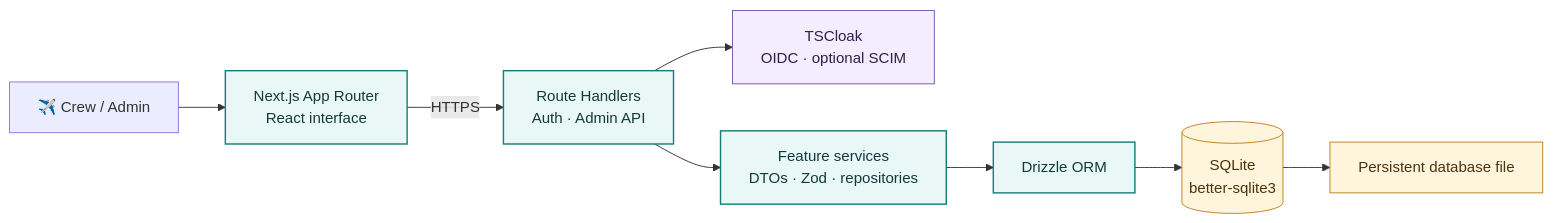
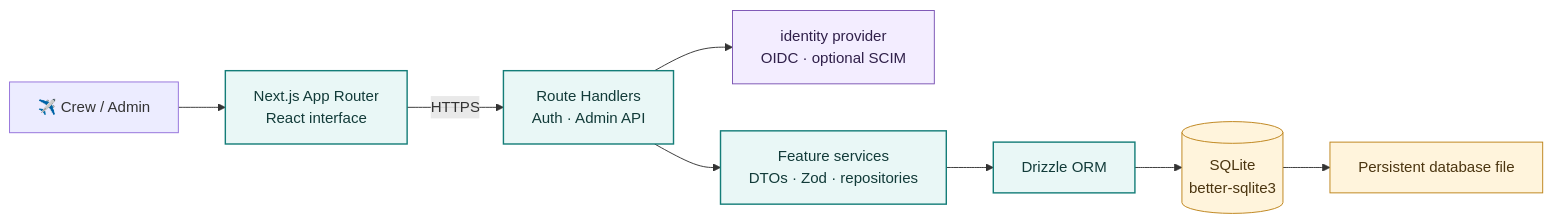
Before and after one commit to TechSivaram/vilek: the first of 2 diagrams in README.md, drawn with Mermaid. The commit also changed other lines of this file and 26 other files, not shown here.

Commit message:
made it to be compatible with any oidc idp that supports scim

````diff
--- a/README.md
+++ b/README.md
@@ -110,16 +110,16 @@
 ```mermaid
 flowchart LR
     B["✈️ Crew / Admin"] --> UI["Next.js App Router<br/>React interface"]
     UI -->|HTTPS| API["Route Handlers<br/>Auth · Admin API"]
-    API --> AUTH["TSCloak<br/>OIDC · optional SCIM"]
+    API --> AUTH["identity provider<br/>OIDC · optional SCIM"]
     API --> APP["Feature services<br/>DTOs · Zod · repositories"]
     APP --> ORM["Drizzle ORM"]
     ORM --> DB[("SQLite<br/>better-sqlite3")]
     DB --> DATA["Persistent database file"]
     classDef app fill:#e9f7f6,stroke:#147d78,color:#123b39,stroke-width:1.5px
     classDef identity fill:#f3edff,stroke:#7952b3,color:#30204a
     classDef storage fill:#fff4dc,stroke:#bd8318,color:#4b3510
     class UI,API,APP,ORM app
     class AUTH identity
     class DB,DATA storage
 ```
````
